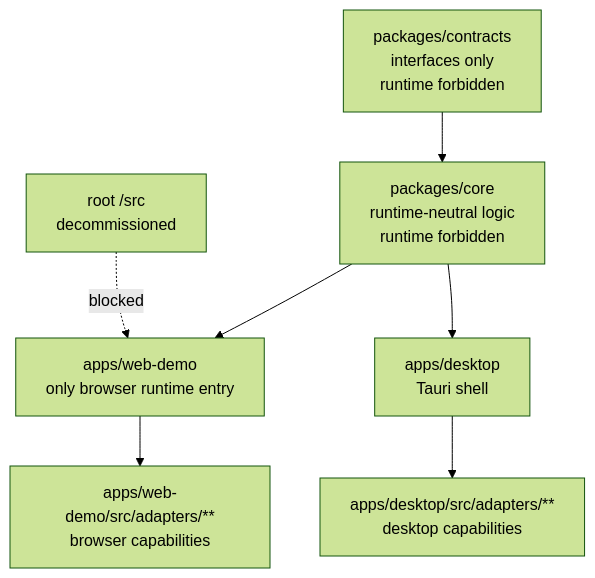
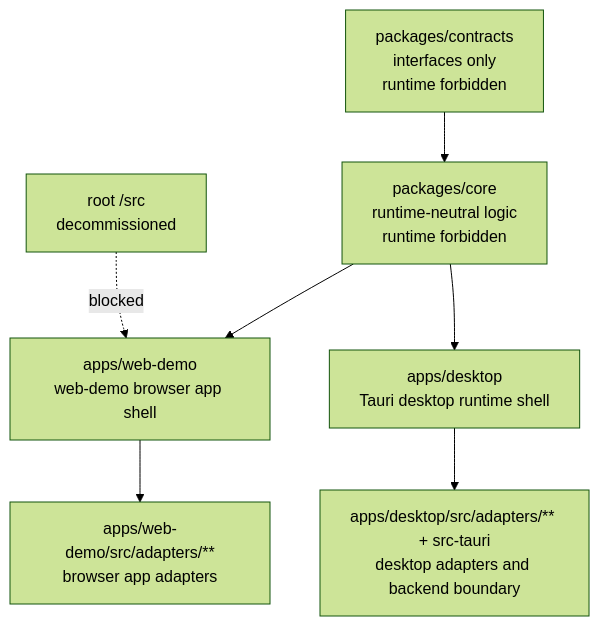
One commit to ichichuang/ccd changed the diagram in docs/generated/graphs/runtime-boundary-graph.mmd. Above: the diagram before and after it, drawn with Mermaid (forest theme). The commit also changed 74 other files, not shown here.

```diff
--- a/docs/generated/graphs/runtime-boundary-graph.mmd
+++ b/docs/generated/graphs/runtime-boundary-graph.mmd
@@ -1,7 +1,7 @@
 graph TD
   Contracts["packages/contracts<br/>interfaces only<br/>runtime forbidden"] --> Core["packages/core<br/>runtime-neutral logic<br/>runtime forbidden"]
-  Core --> Web["apps/web-demo<br/>only browser runtime entry"]
-  Core --> Desktop["apps/desktop<br/>Tauri shell"]
-  Web --> WebAdapters["apps/web-demo/src/adapters/**<br/>browser capabilities"]
-  Desktop --> DesktopAdapters["apps/desktop/src/adapters/**<br/>desktop capabilities"]
+  Core --> Web["apps/web-demo<br/>web-demo browser app shell"]
+  Core --> Desktop["apps/desktop<br/>Tauri desktop runtime shell"]
+  Web --> WebAdapters["apps/web-demo/src/adapters/**<br/>browser app adapters"]
+  Desktop --> DesktopAdapters["apps/desktop/src/adapters/** + src-tauri<br/>desktop adapters and backend boundary"]
   Root["root /src<br/>decommissioned"] -. blocked .-> Web
```
